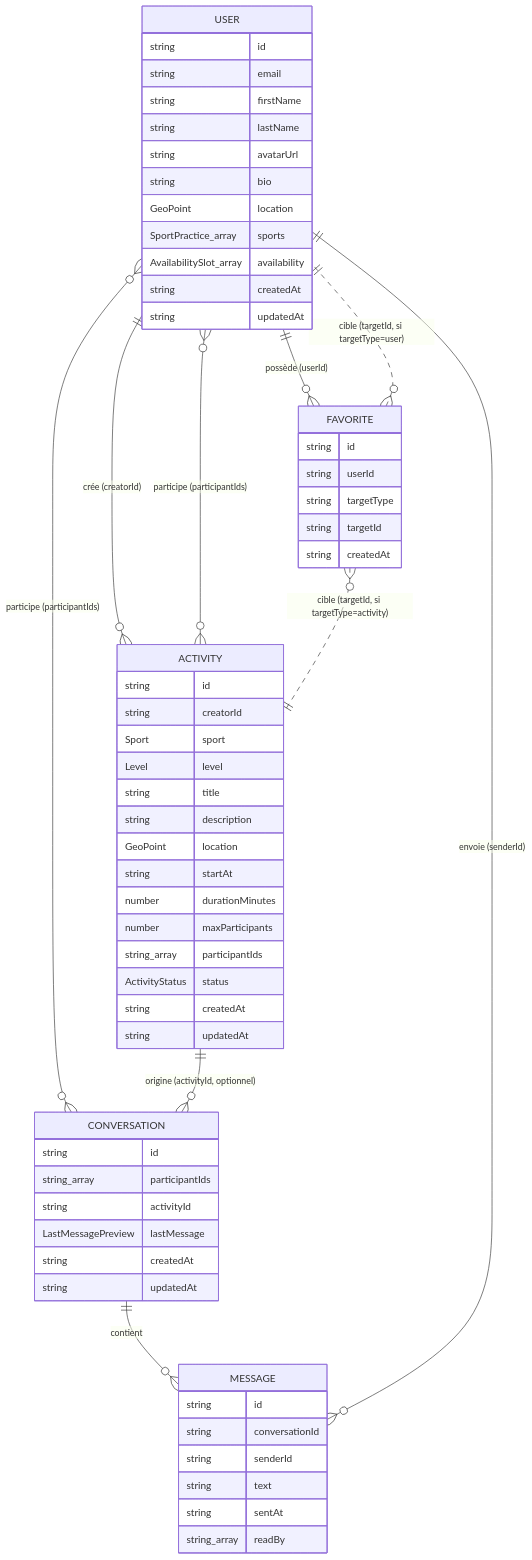
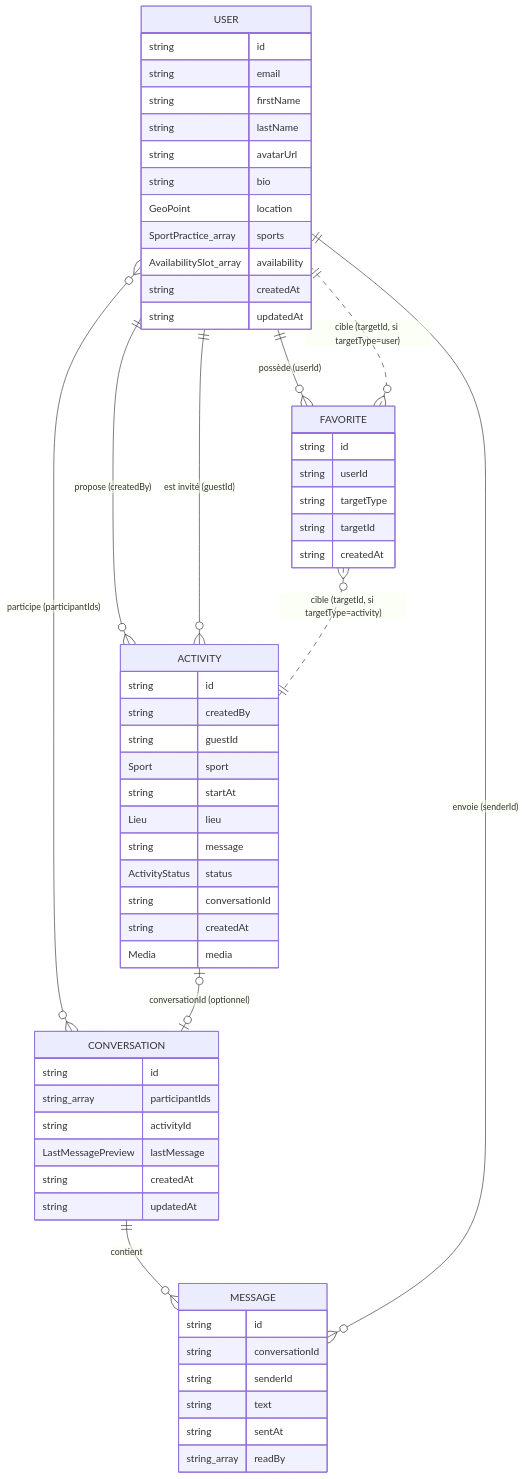
One commit to fatma-gmr/m2gdp-SPO changed the diagram in docs/data-model.md. Above: the diagram before and after it, drawn with Mermaid. The commit also changed other lines of this file and 6 other files, not shown here.

````diff
--- a/docs/data-model.md
+++ b/docs/data-model.md
@@ -5,69 +5,66 @@
 ```mermaid
 erDiagram
-    USER ||--o{ ACTIVITY : "crée (creatorId)"
-    USER }o--o{ ACTIVITY : "participe (participantIds)"
+    USER ||--o{ ACTIVITY : "propose (createdBy)"
+    USER ||--o{ ACTIVITY : "est invité (guestId)"
     USER }o--o{ CONVERSATION : "participe (participantIds)"
-    ACTIVITY ||--o{ CONVERSATION : "origine (activityId, optionnel)"
+    ACTIVITY |o--o| CONVERSATION : "conversationId (optionnel)"
     CONVERSATION ||--o{ MESSAGE : "contient"
     USER ||--o{ MESSAGE : "envoie (senderId)"
     USER ||--o{ FAVORITE : "possède (userId)"
     FAVORITE }o..|| USER : "cible (targetId, si targetType=user)"
     FAVORITE }o..|| ACTIVITY : "cible (targetId, si targetType=activity)"
 
     USER {
         string id
         string email
         string firstName
         string lastName
         string avatarUrl
         string bio
         GeoPoint location
         SportPractice_array sports
         AvailabilitySlot_array availability
         string createdAt
         string updatedAt
     }
 
     ACTIVITY {
         string id
-        string creatorId
+        string createdBy
+        string guestId
         Sport sport
-        Level level
-        string title
-        string description
-        GeoPoint location
         string startAt
-        number durationMinutes
-        number maxParticipants
-        string_array participantIds
+        Lieu lieu
+        string message
         ActivityStatus status
+        string conversationId
         string createdAt
-        string updatedAt
+        Media media
     }
 
     CONVERSATION {
         string id
         string_array participantIds
         string activityId
         LastMessagePreview lastMessage
         string createdAt
         string updatedAt
     }
 
     MESSAGE {
         string id
         string conversationId
         string senderId
         string text
         string sentAt
         string_array readBy
     }
 
     FAVORITE {
         string id
         string userId
         string targetType
         string targetId
         string createdAt
     }
 ```
````
